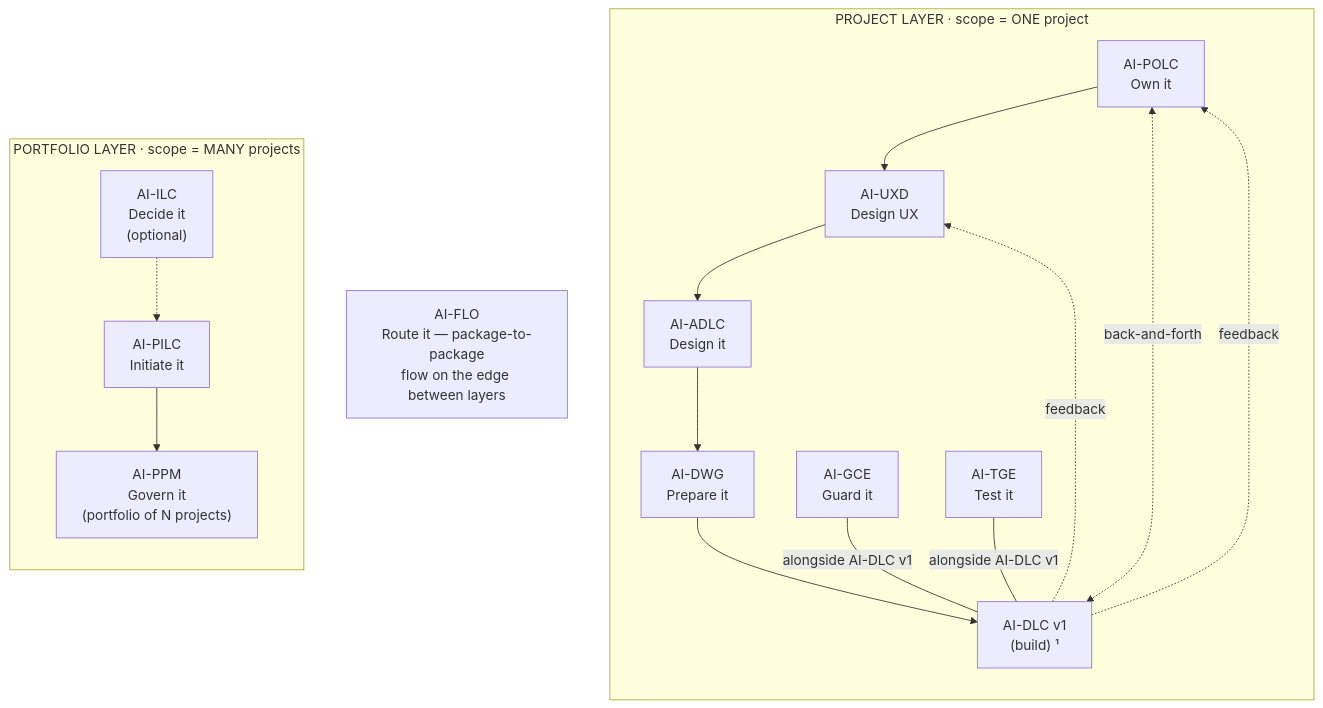
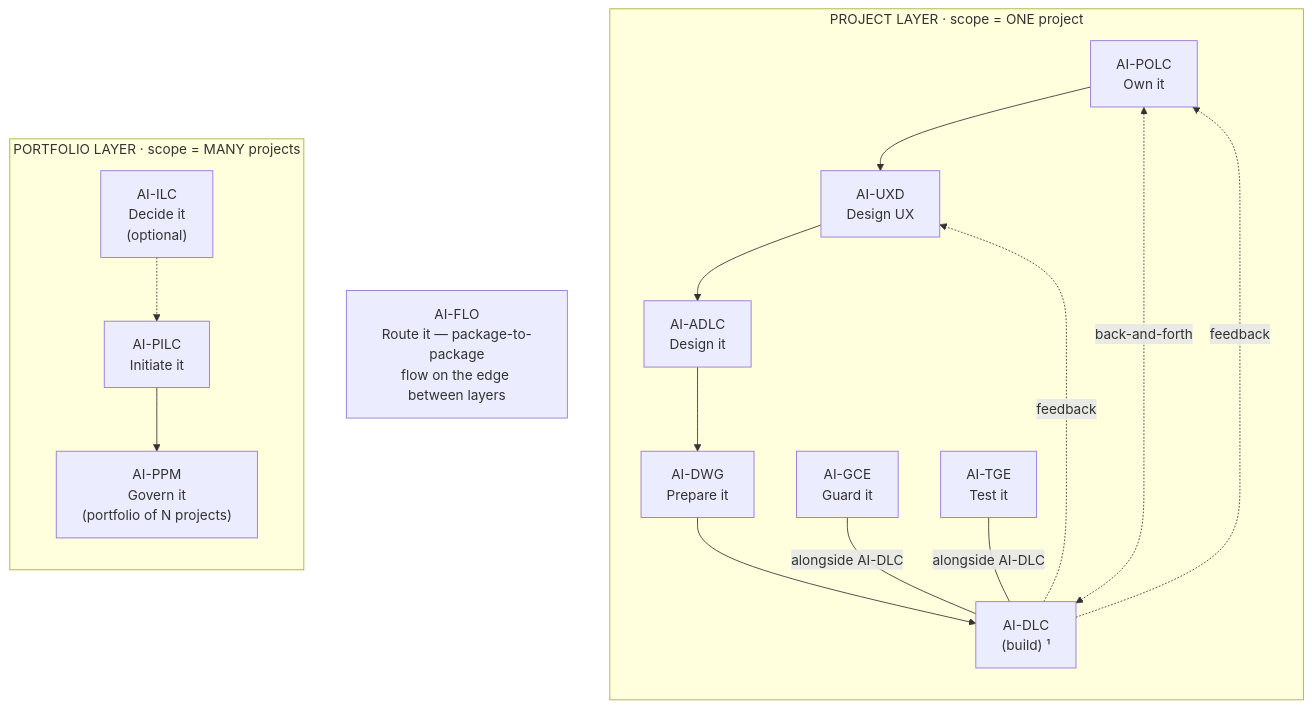
Before and after one commit to mbmd/AIPDLC: the diagram in README.md, drawn with Mermaid. The commit also changed other lines of this file and 426 other files, not shown here.

````diff
--- a/README.md
+++ b/README.md
@@ -22,30 +22,30 @@
 ```mermaid
 flowchart LR
     subgraph PORTFOLIO["PORTFOLIO LAYER · scope = MANY projects"]
         ILC["AI-ILC<br/>Decide it<br/>(optional)"]
         PILC["AI-PILC<br/>Initiate it"]
         PPM["AI-PPM<br/>Govern it<br/>(portfolio of N projects)"]
         ILC -.-> PILC --> PPM
     end
 
     FLO["AI-FLO<br/>Route it — package-to-package<br/>flow on the edge between layers"]
 
     subgraph PROJECT["PROJECT LAYER · scope = ONE project"]
         POLC["AI-POLC<br/>Own it"]
         UXD["AI-UXD<br/>Design UX"]
         ADLC["AI-ADLC<br/>Design it"]
         DWG["AI-DWG<br/>Prepare it"]
-        DLC["AI-DLC v1<br/>(build) ¹"]
+        DLC["AI-DLC<br/>(build) ¹"]
         GCE["AI-GCE<br/>Guard it"]
         TGE["AI-TGE<br/>Test it"]
 
         POLC --> UXD --> ADLC --> DWG --> DLC
         POLC <-.->|"back-and-forth"| DLC
         DLC -.->|"feedback"| UXD
         DLC -.->|"feedback"| POLC
-        GCE ---|"alongside AI-DLC v1"| DLC
-        TGE ---|"alongside AI-DLC v1"| DLC
+        GCE ---|"alongside AI-DLC"| DLC
+        TGE ---|"alongside AI-DLC"| DLC
     end
 
     PORTFOLIO ~~~ FLO ~~~ PROJECT
 ```
````
